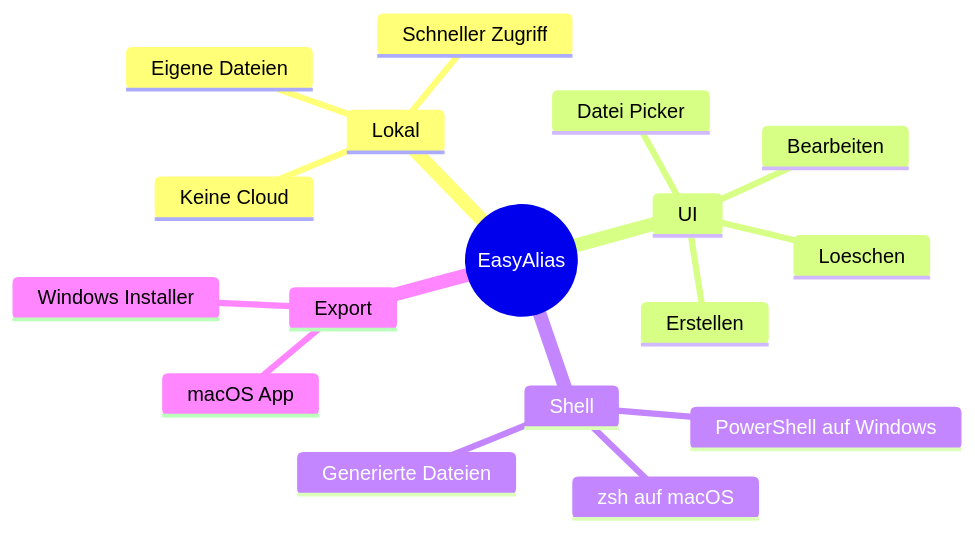
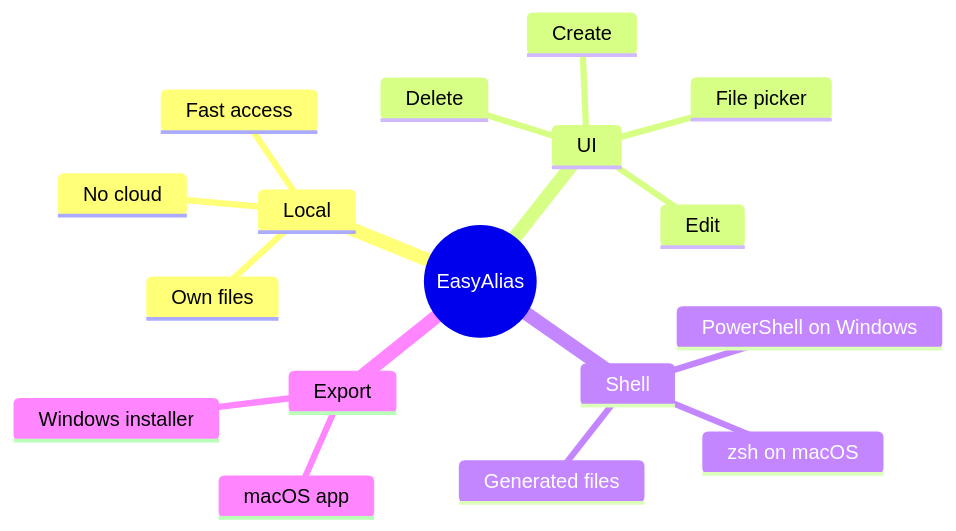
Before and after one commit to hannesgnann-hub/easyalias: the fourth of 4 diagrams in README.md, drawn with Mermaid. The commit also changed other lines of this file and 2 other files, not shown here.

````diff
--- a/README.md
+++ b/README.md
@@ -167,20 +167,20 @@
 ```mermaid
 mindmap
   root((EasyAlias))
-    Lokal
-      Keine Cloud
-      Eigene Dateien
-      Schneller Zugriff
+    Local
+      No cloud
+      Own files
+      Fast access
     UI
-      Erstellen
-      Bearbeiten
-      Loeschen
-      Datei Picker
+      Create
+      Edit
+      Delete
+      File picker
     Shell
-      zsh auf macOS
-      PowerShell auf Windows
-      Generierte Dateien
+      zsh on macOS
+      PowerShell on Windows
+      Generated files
     Export
-      macOS App
-      Windows Installer
+      macOS app
+      Windows installer
 ```
````
